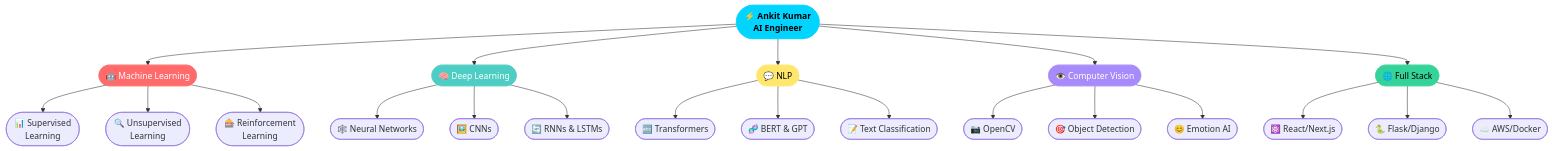
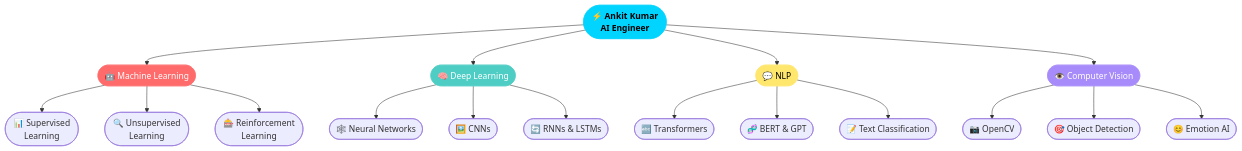
Before and after one commit to eddiebrock911/eddiebrock911: the diagram in README.md, drawn with Mermaid.

Commit message:
Remove web section from README
Removed web-related sections from the README.

````diff
--- a/README.md
+++ b/README.md
@@ -344,37 +344,32 @@
 ```mermaid
 graph TD
     ROOT(["⚡ Ankit Kumar\nAI Engineer"])
 
     ROOT --> ML(["🤖 Machine Learning"])
     ROOT --> DL(["🧠 Deep Learning"])
     ROOT --> NLP(["💬 NLP"])
     ROOT --> CV(["👁️ Computer Vision"])
-    ROOT --> WEB(["🌐 Full Stack"])
-
+    
     ML --> ML1(["📊 Supervised\nLearning"])
     ML --> ML2(["🔍 Unsupervised\nLearning"])
     ML --> ML3(["🎰 Reinforcement\nLearning"])
 
     DL --> DL1(["🕸️ Neural Networks"])
     DL --> DL2(["🖼️ CNNs"])
     DL --> DL3(["🔄 RNNs & LSTMs"])
 
     NLP --> NLP1(["🔤 Transformers"])
     NLP --> NLP2(["🧬 BERT & GPT"])
     NLP --> NLP3(["📝 Text Classification"])
 
     CV --> CV1(["📷 OpenCV"])
     CV --> CV2(["🎯 Object Detection"])
     CV --> CV3(["😊 Emotion AI"])
 
-    WEB --> WEB1(["⚛️ React/Next.js"])
-    WEB --> WEB2(["🐍 Flask/Django"])
-    WEB --> WEB3(["☁️ AWS/Docker"])
-
+    
     style ROOT fill:#00D4FF,stroke:#00D4FF,color:#000,font-weight:bold
     style ML   fill:#FF6B6B,stroke:#FF6B6B,color:#fff
     style DL   fill:#4ECDC4,stroke:#4ECDC4,color:#fff
     style NLP  fill:#FFE66D,stroke:#FFE66D,color:#000
     style CV   fill:#A78BFA,stroke:#A78BFA,color:#fff
-    style WEB  fill:#34D399,stroke:#34D399,color:#000
 ```
````
